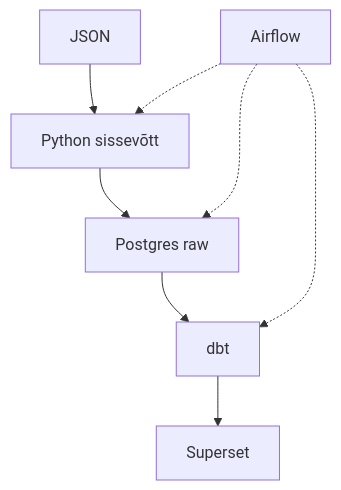
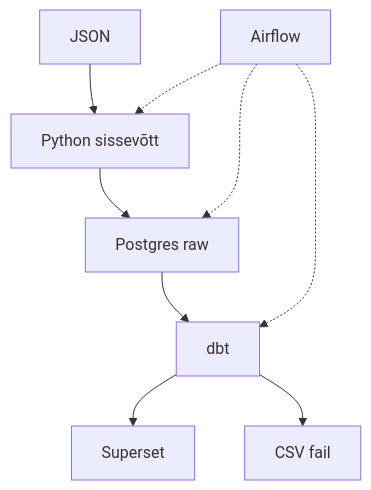
Before and after one commit to eu-merger-cases-analytics/eu-merger-arbitration-pipeline: the diagram in README.md, drawn with Mermaid. The commit also changed other lines of this file and 10 other files, not shown here.

````diff
--- a/README.md
+++ b/README.md
@@ -31,14 +31,16 @@
 ```mermaid
 flowchart TB
     ec[JSON]
     py[Python sissevõtt]
     raw[Postgres raw]
     dbt[dbt]
     ss[Superset]
+    csv[CSV fail]
     af[Airflow]
 
     ec --> py --> raw --> dbt --> ss
+    dbt --> csv
     af -.-> py
     af -.-> raw
     af -.-> dbt
 ```
````
